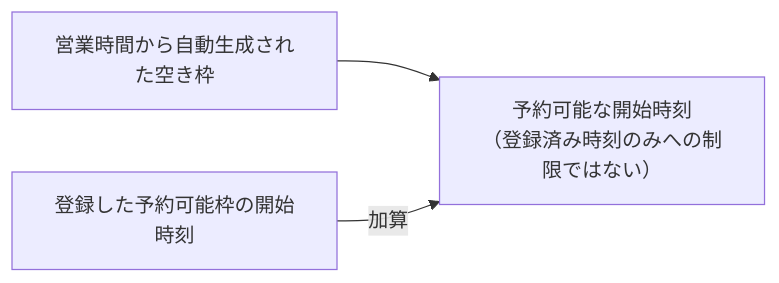
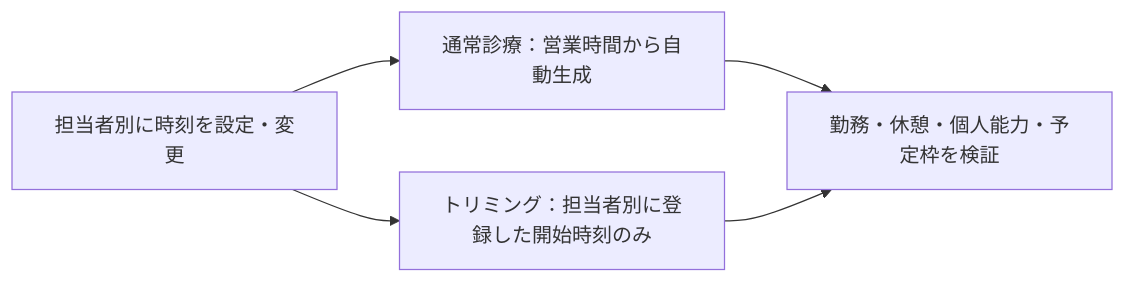
The diagram in docs/spec/screens/settings/master-reservation-type.md (MinoruSoga/AnimalEkarte), drawn with Mermaid before and after one commit. The commit also changed other lines of this file and 38 other files, not shown here.

````diff
--- a/docs/spec/screens/settings/master-reservation-type.md
+++ b/docs/spec/screens/settings/master-reservation-type.md
@@ -72,8 +74,11 @@
 ```mermaid
 flowchart LR
-    base["営業時間から自動生成された空き枠"]
-    reg["登録した予約可能枠の開始時刻"]
-    merged["予約可能な開始時刻<br/>（登録済み時刻のみへの制限ではない）"]
-    base --> merged
-    reg -->|"加算"| merged
+    base["通常診療：営業時間から自動生成"]
+    reg["トリミング：担当者別に登録した開始時刻のみ"]
+    edits["担当者別に時刻を設定・変更"]
+    check["勤務・休憩・個人能力・予定枠を検証"]
+    base --> check
+    reg --> check
+    edits --> base
+    edits --> reg
 ```
````
